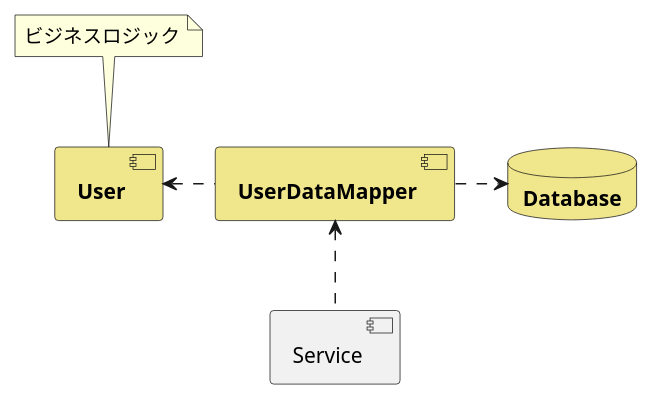
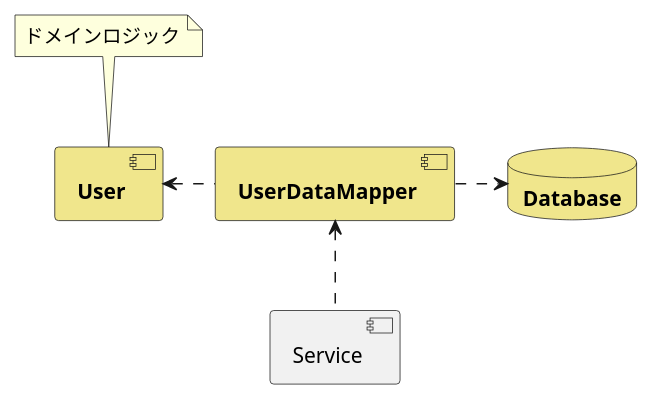
One commit to mexican-particles/mogmog changed the diagram in src/puml/summary/dataMapper.puml. Above: the diagram before and after it, drawn with PlantUML. The commit also changed 11 other files, not shown here.

```diff
--- a/src/puml/summary/dataMapper.puml
+++ b/src/puml/summary/dataMapper.puml
@@ -1,15 +1,15 @@
 @startuml
 
 [Service] as MapperService
 [**User**] as MapperUser #Khaki
 [**UserDataMapper**] as MapperComponent #Khaki
 database "**Database**" as MapperDatabase #Khaki {
 }
 
 MapperService .up.> MapperComponent
 MapperComponent .left.> MapperUser
 MapperComponent .right.> MapperDatabase
 
-note top of MapperUser: ビジネスロジック
+note top of MapperUser: ドメインロジック
 
 @enduml
```
